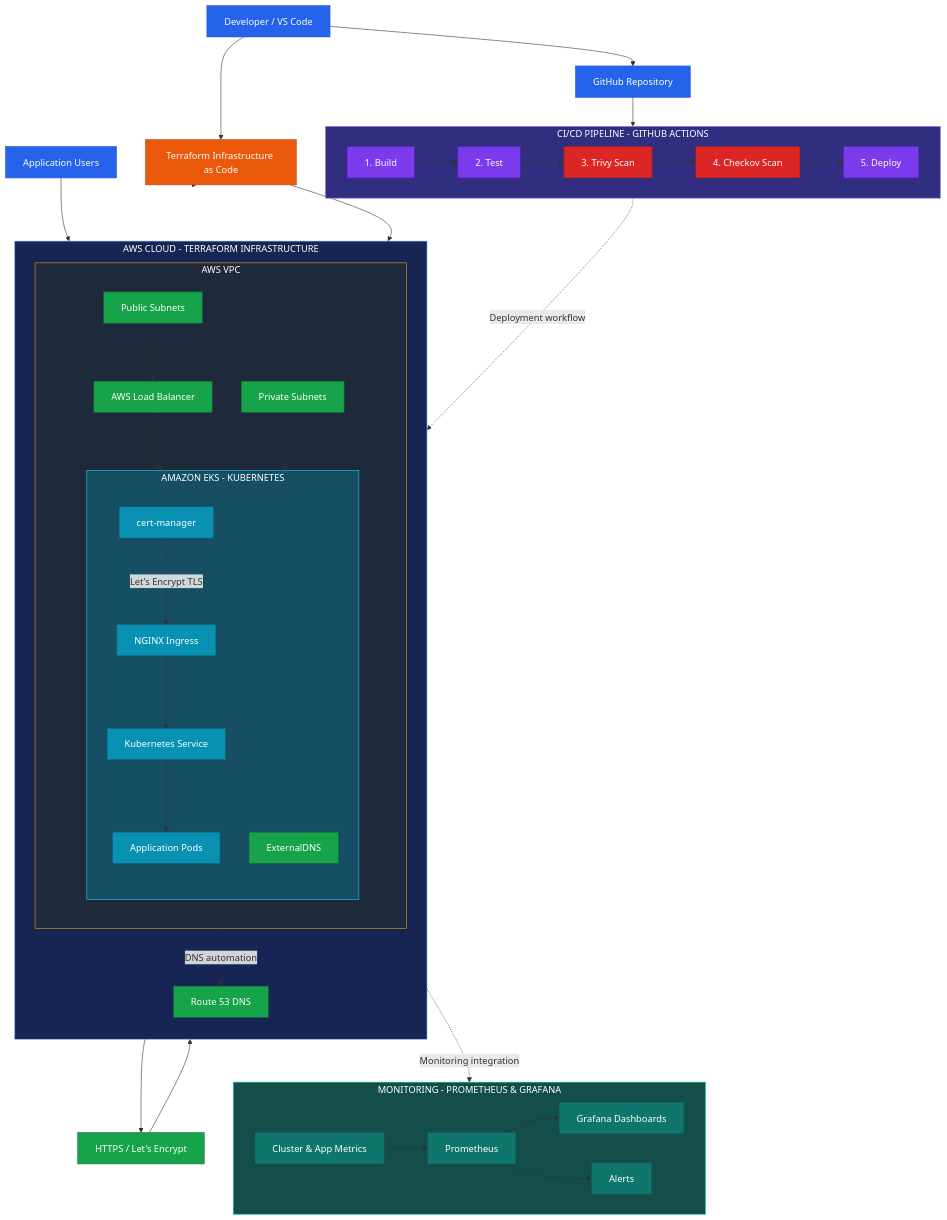
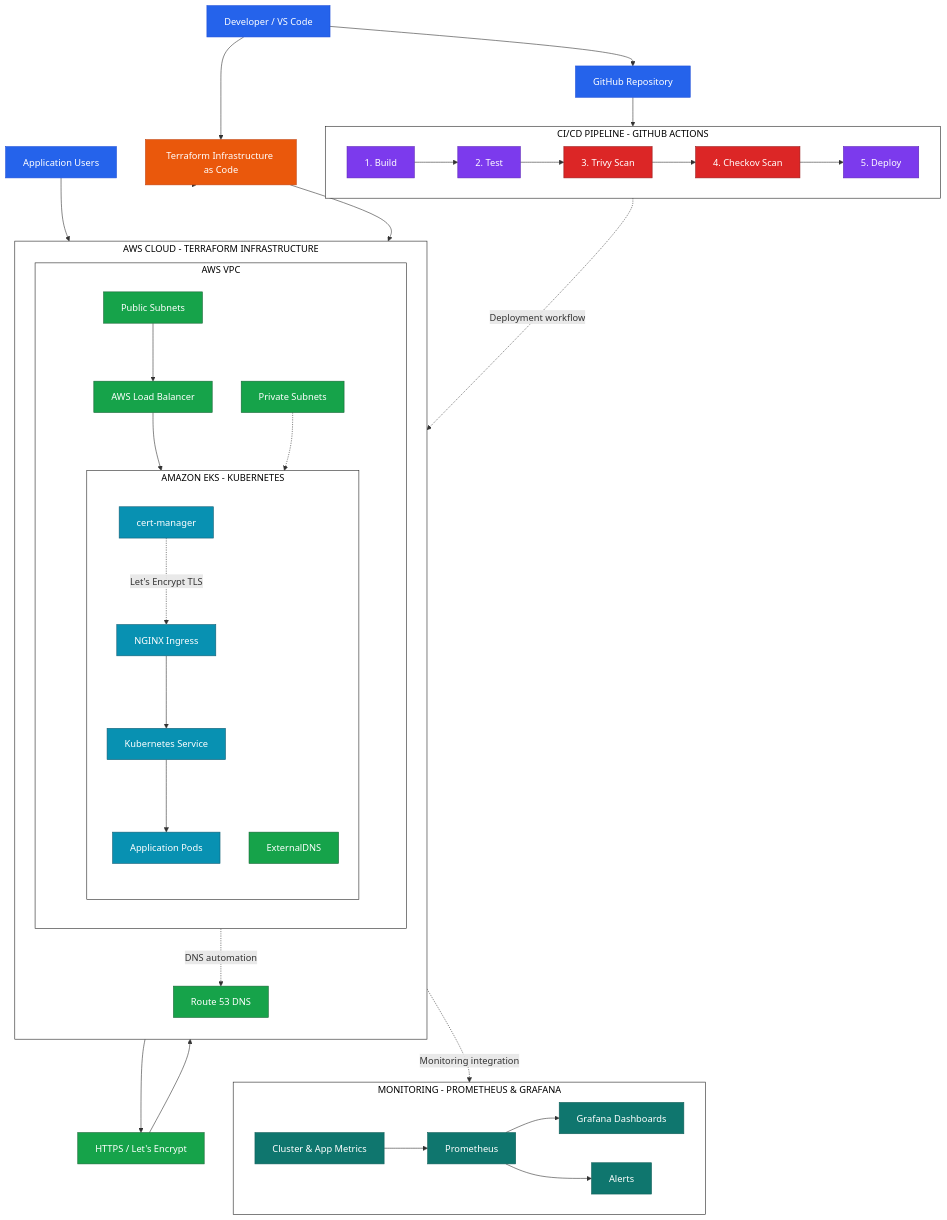
Before and after one commit to samatar17/eks-assignment: the diagram in architecture.md, drawn with Mermaid.

Commit message:
Update architecture diagram to white background

````diff
--- a/architecture.md
+++ b/architecture.md
@@ -94,9 +94,9 @@
     class NGINX,SVC,APP,CERT kubernetes
     class METRICS,PROM,GRAF,ALERT monitoring
 
-    style CICD fill:#312e81,stroke:#a78bfa,color:#ffffff
-    style AWS fill:#172554,stroke:#60a5fa,color:#ffffff
-    style VPC fill:#1e293b,stroke:#f59e0b,color:#ffffff
-    style EKS fill:#164e63,stroke:#22d3ee,color:#ffffff
-    style MONITOR fill:#134e4a,stroke:#2dd4bf,color:#ffffff
+style CICD fill:#ffffff,stroke:#222222,color:#000000
+style AWS fill:#ffffff,stroke:#222222,color:#000000
+style VPC fill:#ffffff,stroke:#222222,color:#000000
+style EKS fill:#ffffff,stroke:#222222,color:#000000
+style MONITOR fill:#ffffff,stroke:#222222,color:#000000
 ```
````
